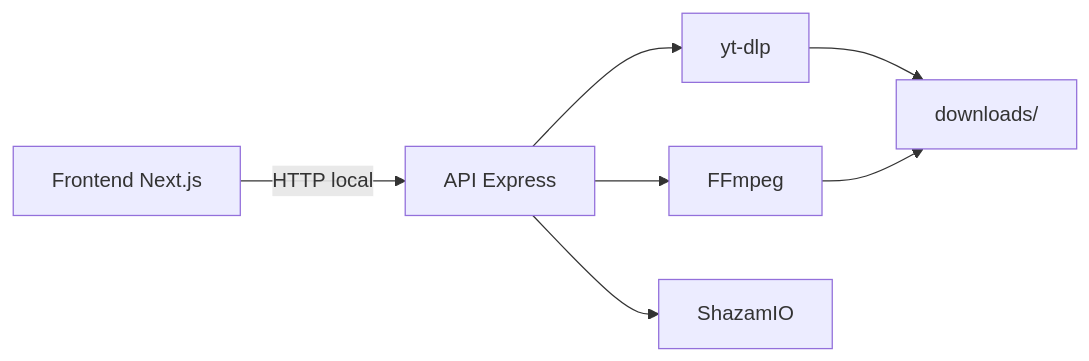
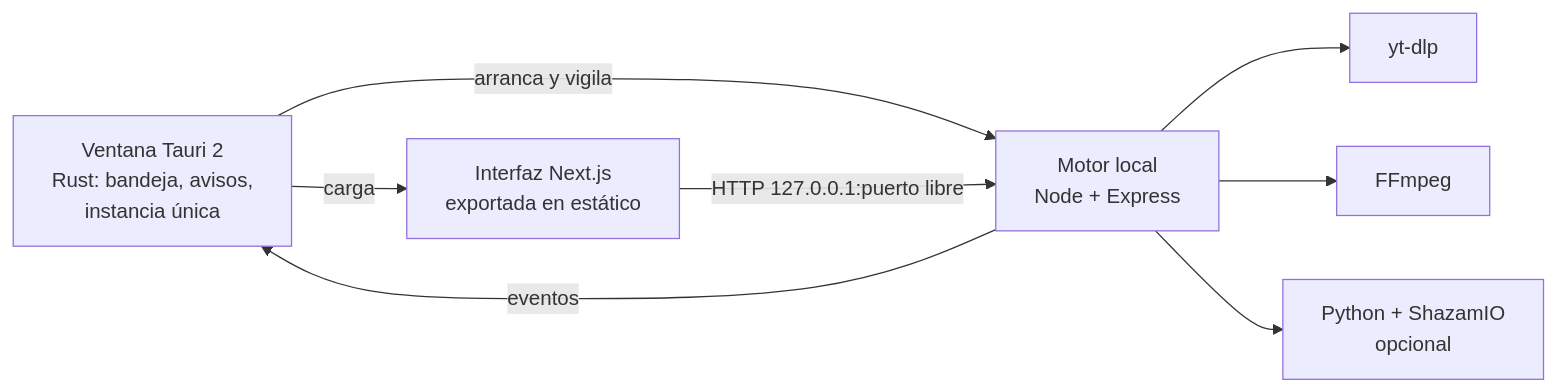
Before and after one commit to iKoloser/AntiTube: the diagram in README.md, drawn with Mermaid. The commit also changed other lines of this file and 1 other file, not shown here.

````diff
--- a/README.md
+++ b/README.md
@@ -43,9 +88,10 @@
 ```mermaid
 flowchart LR
-    A[Frontend Next.js] -->|HTTP local| B[API Express]
-    B --> C[yt-dlp]
-    B --> D[FFmpeg]
-    B --> E[ShazamIO]
-    C --> F[downloads/]
-    D --> F
+    A[Ventana Tauri 2<br/>Rust: bandeja, avisos,<br/>instancia única] -->|carga| B[Interfaz Next.js<br/>exportada en estático]
+    A -->|arranca y vigila| C[Motor local<br/>Node + Express]
+    B -->|HTTP 127.0.0.1:puerto libre| C
+    C --> D[yt-dlp]
+    C --> E[FFmpeg]
+    C --> F[Python + ShazamIO<br/>opcional]
+    C -->|eventos| A
 ```
````
